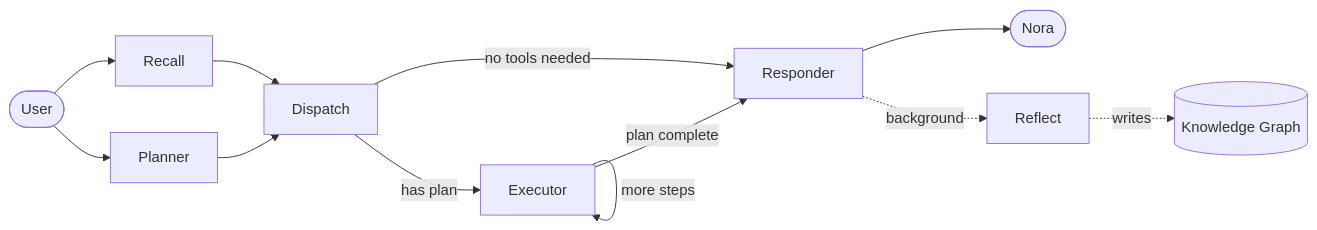
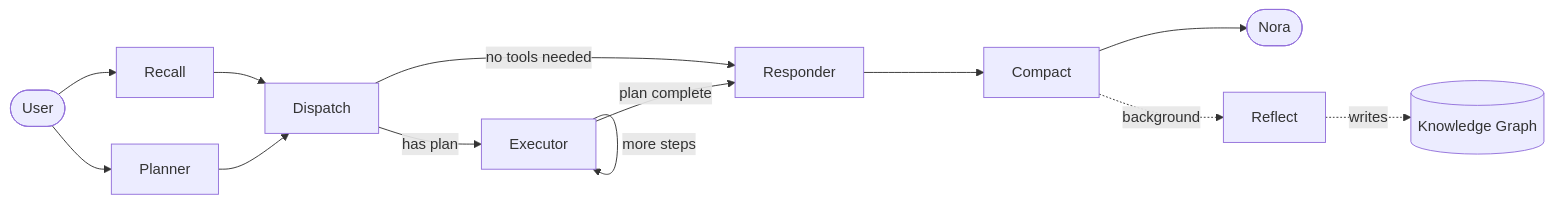
Before and after one commit to Mohib834/nora: the diagram in README.md, drawn with Mermaid. The commit also changed other lines of this file, not shown here.

````diff
--- a/README.md
+++ b/README.md
@@ -13,14 +13,15 @@
 ```mermaid
 graph LR
     A([User]) --> R[Recall]
     A --> P[Planner]
     R --> D[Dispatch]
     P --> D
     D -->|has plan| E[Executor]
     D -->|no tools needed| RE[Responder]
     E -->|more steps| E
     E -->|plan complete| RE
-    RE --> N([Nora])
-    RE -.background.-> RF[Reflect]
+    RE --> C[Compact]
+    C --> N([Nora])
+    C -.background.-> RF[Reflect]
     RF -.writes.-> M[(Knowledge Graph)]
 ```
````
